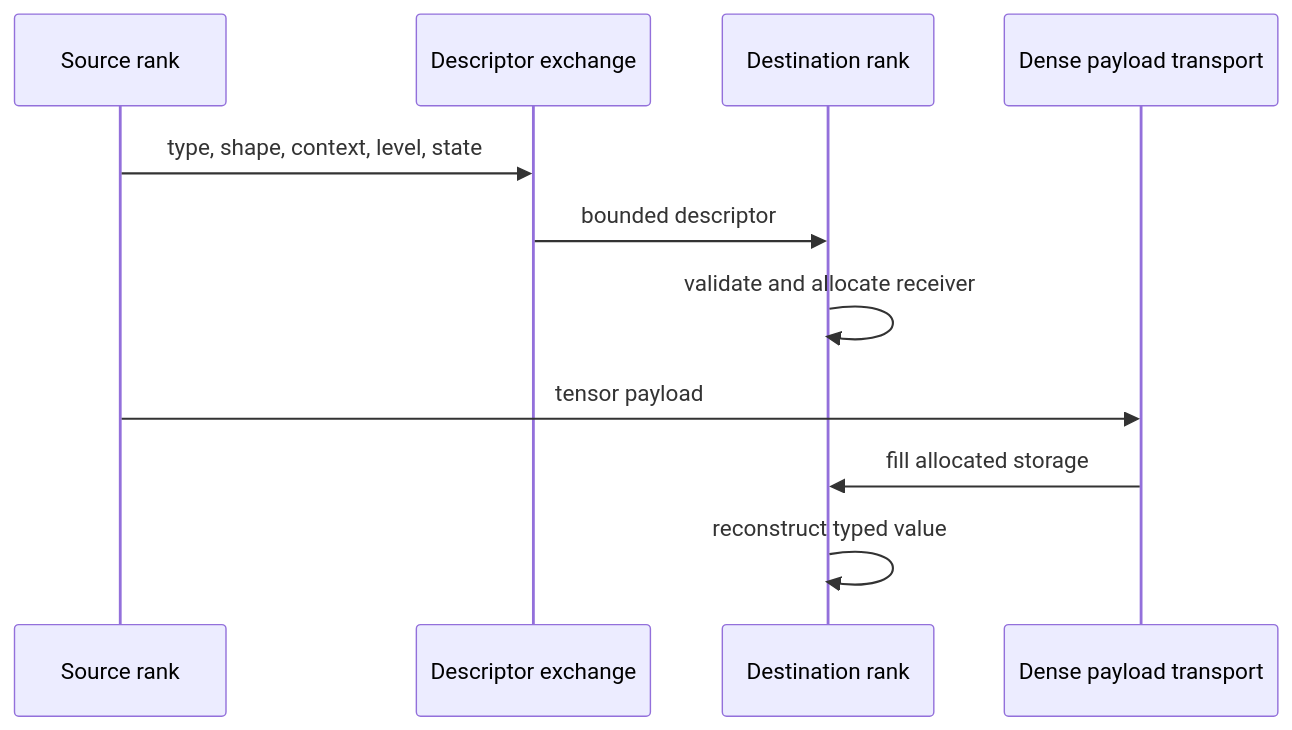
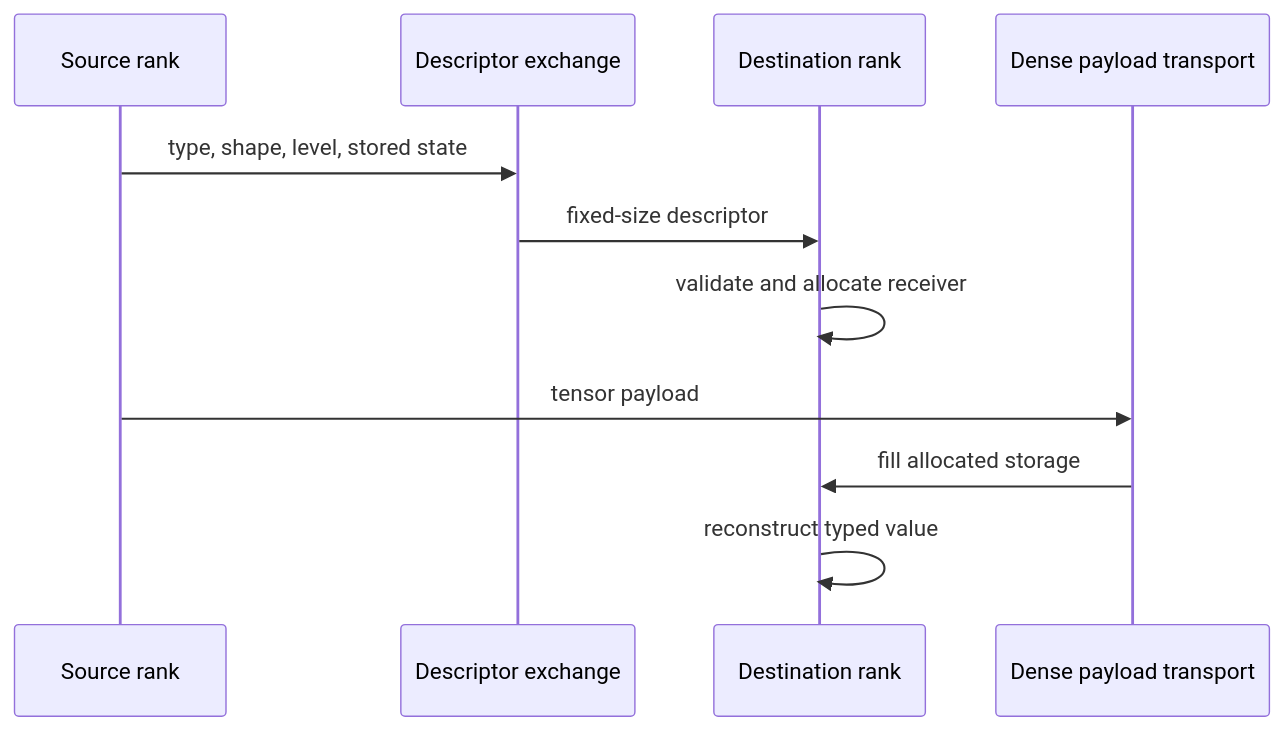
The second of 3 diagrams in docs/concepts/distributed/spmd-model.md (visualDust/fhelium), drawn with Mermaid before and after one commit. The commit also changed other lines of this file and 612 other files, not shown here.

Commit message:
Introduce several architecture changes and support Windows native build

````diff
--- a/docs/concepts/distributed/spmd-model.md
+++ b/docs/concepts/distributed/spmd-model.md
@@ -88,14 +86,14 @@
 ```mermaid
 sequenceDiagram
     participant Src as Source rank
     participant Ctrl as Descriptor exchange
     participant Dst as Destination rank
     participant Data as Dense payload transport
 
-    Src->>Ctrl: type, shape, context, level, state
-    Ctrl->>Dst: bounded descriptor
+    Src->>Ctrl: type, shape, level, stored state
+    Ctrl->>Dst: fixed-size descriptor
     Dst->>Dst: validate and allocate receiver
     Src->>Data: tensor payload
     Data->>Dst: fill allocated storage
     Dst->>Dst: reconstruct typed value
 ```
````
